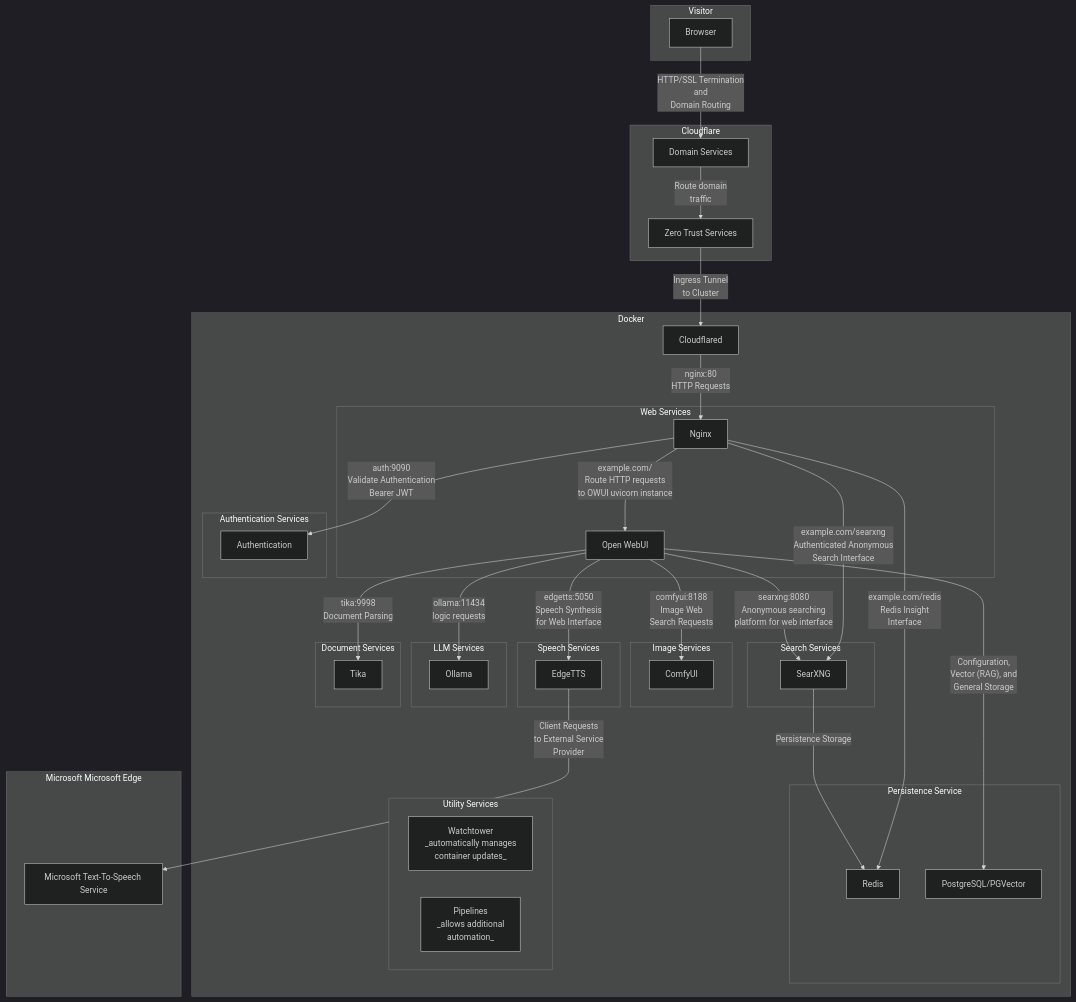
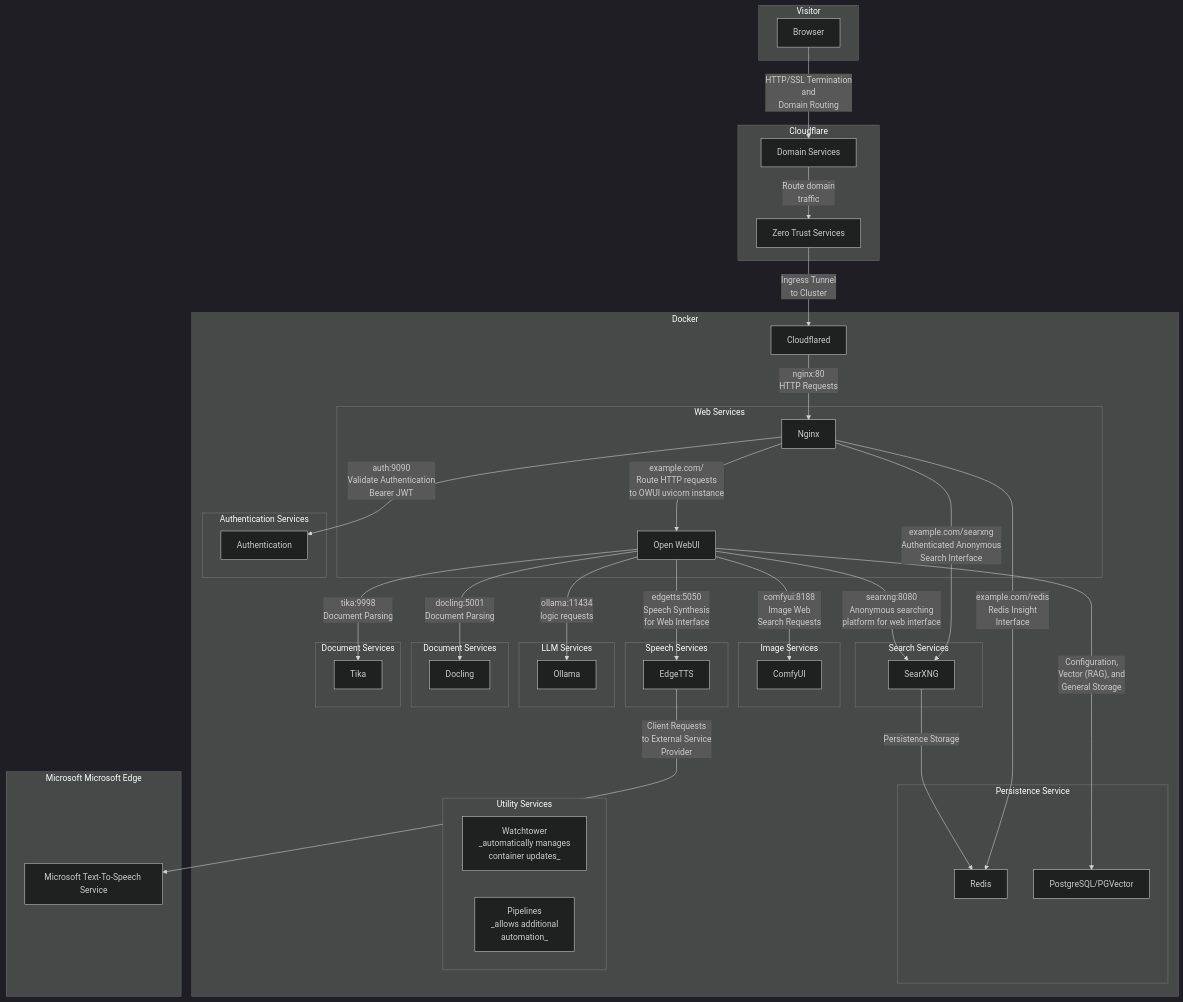
One commit to DIZ-admin/erni-ki changed the diagram in README.md. Above: the diagram before and after it, drawn with Mermaid (dark theme). The commit also changed other lines of this file and 13 other files, not shown here.

```diff
--- a/README.md
+++ b/README.md
@@ -138,6 +141,14 @@
         --> ollama
 
         subgraph Document Services
+            docling[Docling]
+        end
+
+        openwebui -- "docling:5001"
+            Document Parsing
+        --> docling
+
+        subgraph Document Services
             tika[Tika]
         end
 
```
